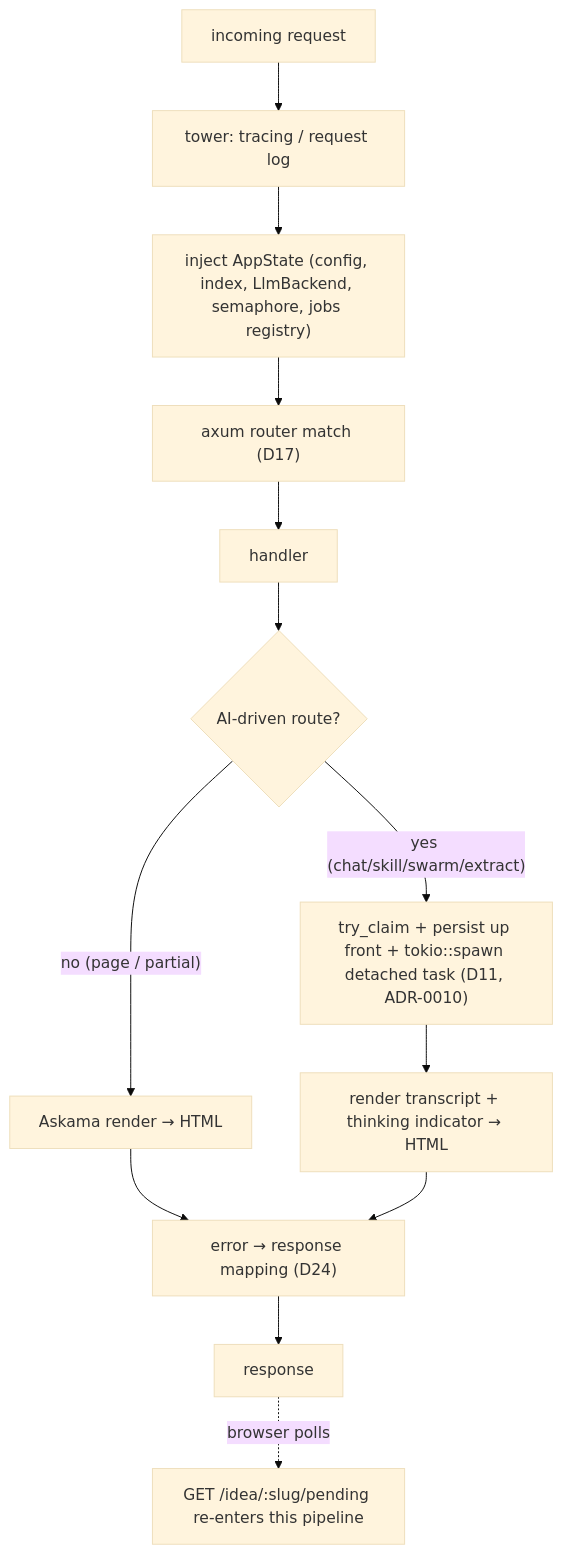
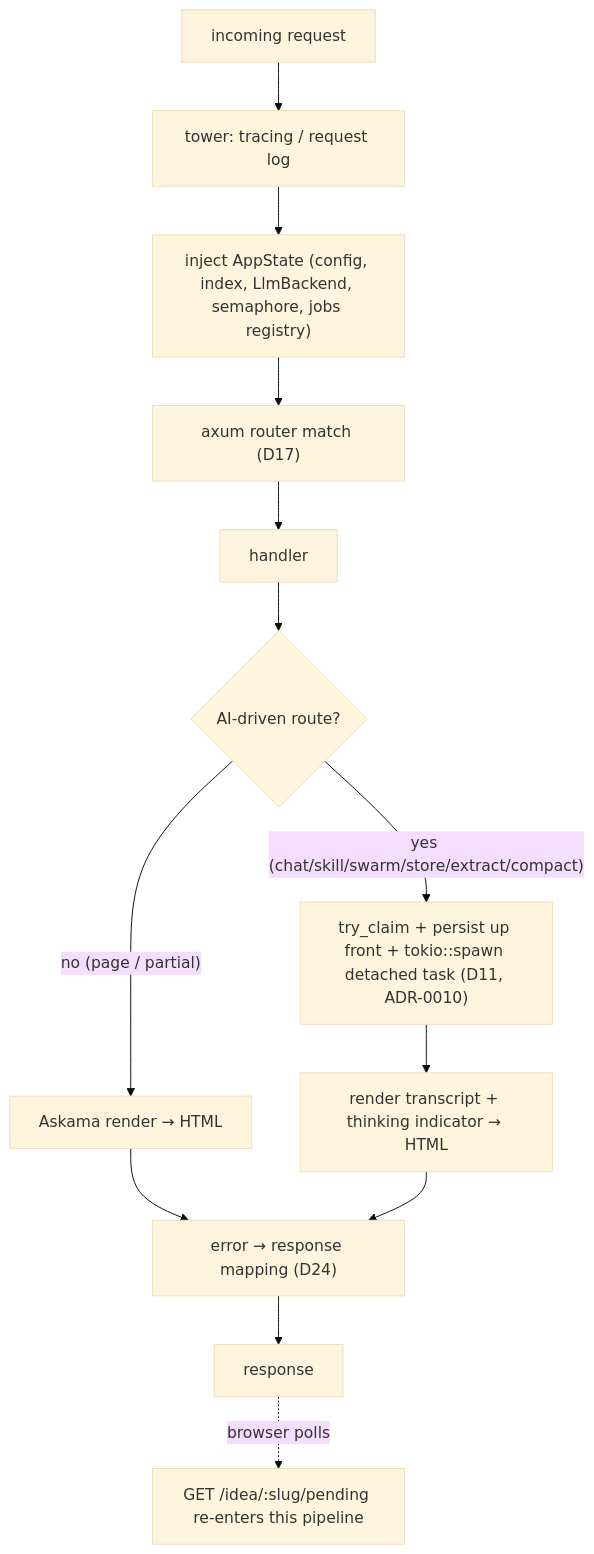
Before and after one commit to jasdian/idea-vault: the second of 2 diagrams in docs/09-web-ui.md, drawn with Mermaid (base theme). The commit also changed other lines of this file and 7 other files, not shown here.

````diff
--- a/docs/09-web-ui.md
+++ b/docs/09-web-ui.md
@@ -94,15 +96,15 @@
 ```mermaid
 flowchart TD
     REQ["incoming request"] --> TRACE["tower: tracing / request log"]
     TRACE --> STATE["inject AppState (config, index, LlmBackend, semaphore, jobs registry)"]
     STATE --> ROUTE["axum router match (D17)"]
     ROUTE --> HANDLER["handler"]
     HANDLER --> BRANCH{"AI-driven route?"}
     BRANCH -- "no (page / partial)" --> RENDER["Askama render → HTML"]
-    BRANCH -- "yes (chat/skill/swarm/extract)" --> JOBBR["try_claim + persist up front + tokio::spawn detached task (D11, ADR-0010)"]
+    BRANCH -- "yes (chat/skill/swarm/store/extract/compact)" --> JOBBR["try_claim + persist up front + tokio::spawn detached task (D11, ADR-0010)"]
     JOBBR --> RENDER2["render transcript + thinking indicator → HTML"]
     RENDER --> ERRMAP
     RENDER2 --> ERRMAP
     ERRMAP["error → response mapping (D24)"] --> RESP["response"]
     RESP -.->|"browser polls"| POLL["GET /idea/:slug/pending re-enters this pipeline"]
 ```
````
